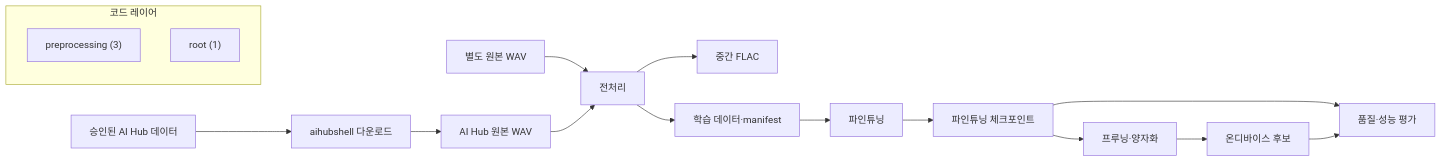
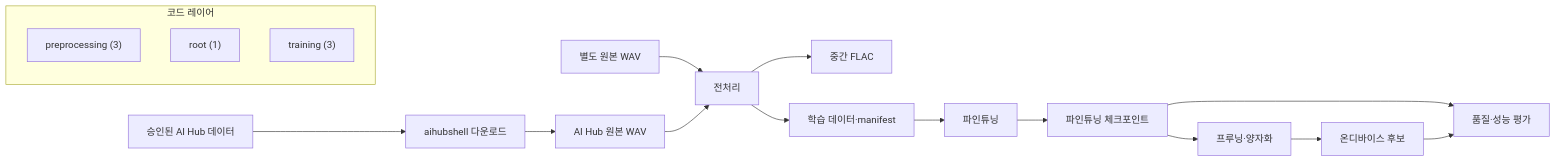
Before and after one commit to GracieRho/KoF5-TTS-delirium: the diagram in architecture/generated/project-map.mmd, drawn with Mermaid. The commit also changed 13 other files, not shown here.

```diff
--- a/architecture/generated/project-map.mmd
+++ b/architecture/generated/project-map.mmd
@@ -1,18 +1,19 @@
 flowchart LR
   aihub["승인된 AI Hub 데이터"] --> download["aihubshell 다운로드"]
   download --> raw["AI Hub 원본 WAV"]
   local["별도 원본 WAV"] --> preprocess["전처리"]
   raw --> preprocess
   preprocess --> flac["중간 FLAC"]
   preprocess --> processed["학습 데이터·manifest"]
   processed --> finetune["파인튜닝"]
   finetune --> tuned["파인튜닝 체크포인트"]
   tuned --> optimize["프루닝·양자화"]
   optimize --> device["온디바이스 후보"]
   tuned --> evaluate["품질·성능 평가"]
   device --> evaluate
 
   subgraph code["코드 레이어"]
     layer_preprocessing["preprocessing (3)"]
     layer_root["root (1)"]
+    layer_training["training (3)"]
   end
```
